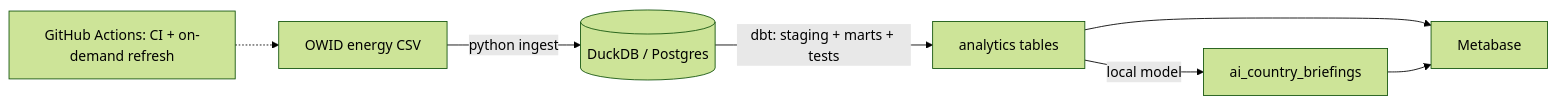
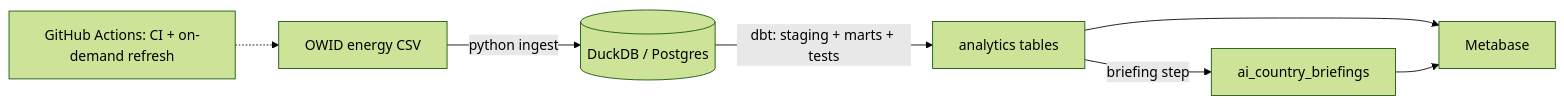
One commit to anjolok1997/energy-analytics-pipeline changed the diagram in README.md. Above: the diagram before and after it, drawn with Mermaid (forest theme). The commit also changed other lines of this file and 1 other file, not shown here.

First line of the commit message:
make the briefing step's LLM optional, default to plain template

````diff
--- a/README.md
+++ b/README.md
@@ -21,9 +21,9 @@
 ```mermaid
 flowchart LR
     A[OWID energy CSV] -->|python ingest| B[(DuckDB / Postgres)]
     B -->|dbt: staging + marts + tests| C[analytics tables]
-    C -->|local model| D[ai_country_briefings]
+    C -->|briefing step| D[ai_country_briefings]
     C --> E[Metabase]
     D --> E
     F[GitHub Actions: CI + on-demand refresh] -.-> A
 ```
````
